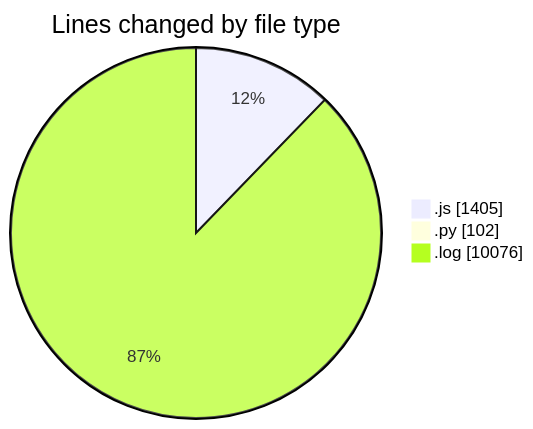
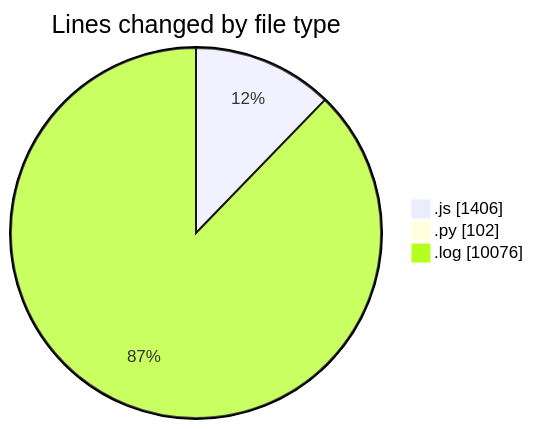
The first of 2 diagrams in 2025-04-14/nxtqube_webapp/README.md (nxtqubesakshisongat/code-tracking), drawn with Mermaid before and after one commit. The commit also changed other lines of this file and 1 other file, not shown here.

````diff
--- a/2025-04-14/nxtqube_webapp/README.md
+++ b/2025-04-14/nxtqube_webapp/README.md
@@ -26,7 +26,7 @@
 ```mermaid
 pie showData
 title Lines changed by file type
-".js" : 1405
+".js" : 1406
 ".py" : 102
 ".log" : 10076
 ```
````
